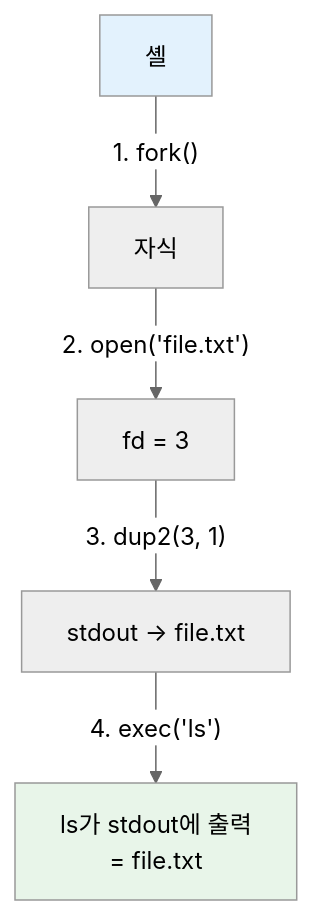
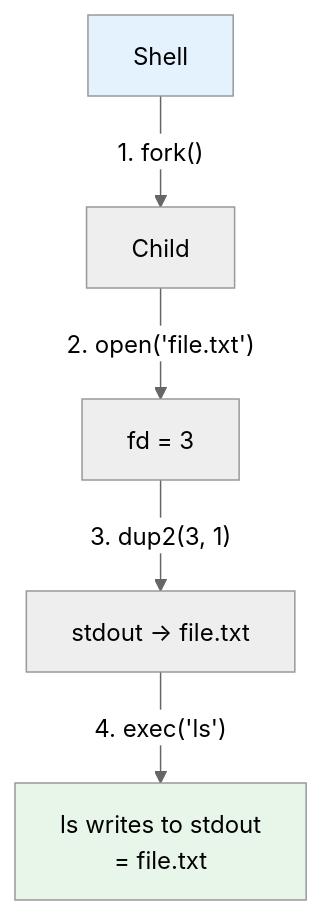
One commit to Choroning/26Spring_Operating-Systems changed the sixth of 7 diagrams in W02_Process-1/Concepts-Lab.md. Above: the diagram before and after it, drawn with Mermaid (neutral theme). The commit also changed other lines of this file and 22 other files, not shown here.

````diff
--- a/W02_Process-1/Concepts-Lab.md
+++ b/W02_Process-1/Concepts-Lab.md
@@ -196,9 +196,9 @@
 ```mermaid
 graph TD
-    S["셸"] -->|"1. fork()"| C["자식"]
+    S["Shell"] -->|"1. fork()"| C["Child"]
     C -->|"2. open('file.txt')"| FD["fd = 3"]
     FD -->|"3. dup2(3, 1)"| R["stdout → file.txt"]
-    R -->|"4. exec('ls')"| LS["ls가 stdout에 출력<br/>= file.txt"]
+    R -->|"4. exec('ls')"| LS["ls writes to stdout<br/>= file.txt"]
     style S fill:#e3f2fd
     style LS fill:#e8f5e9
 ```
````
